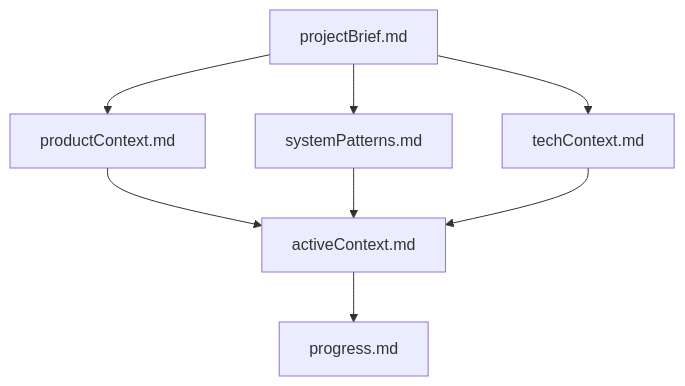
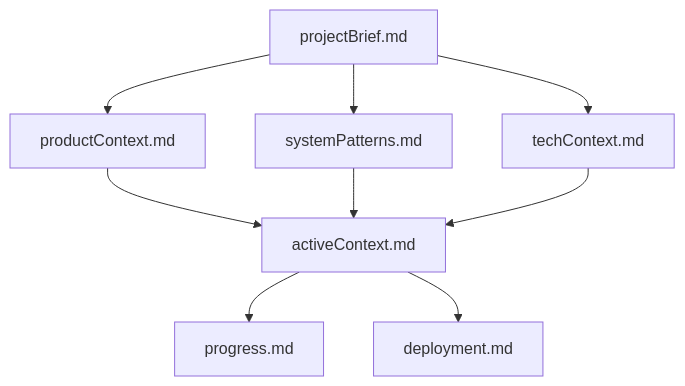
One commit to razamanaza/epub-hyphenator changed the diagram in memory-bank/README.md. Above: the diagram before and after it, drawn with Mermaid. The commit also changed other lines of this file and 7 other files, not shown here.

````diff
--- a/memory-bank/README.md
+++ b/memory-bank/README.md
@@ -24,12 +25,13 @@
 ```mermaid
 flowchart TD
     PB[projectBrief.md] --> PC[productContext.md]
     PB --> SP[systemPatterns.md]
     PB --> TC[techContext.md]
 
     PC --> AC[activeContext.md]
     SP --> AC
     TC --> AC
 
     AC --> P[progress.md]
+    AC --> D[deployment.md]
 ```
````
